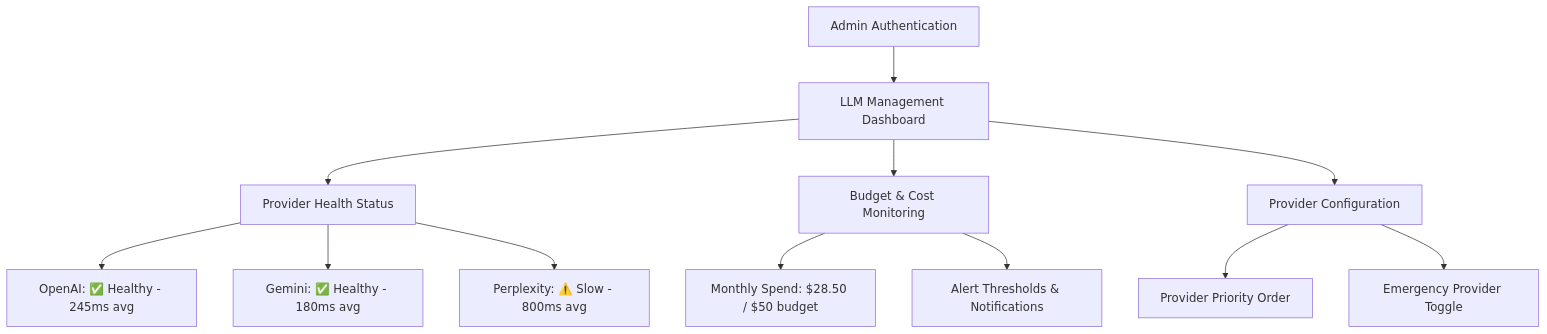
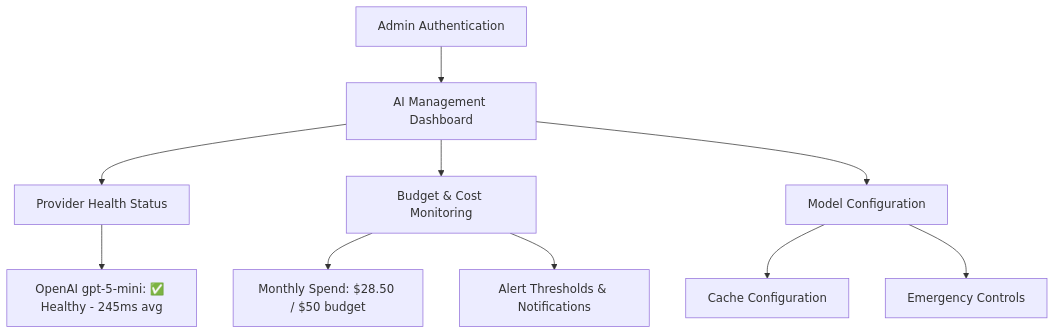
Before and after one commit to vedprakash-m/vigor: diagram 12 of 15 in docs/User_Experience.md, drawn with Mermaid. The commit also changed other lines of this file and 72 other files, not shown here.

````diff
--- a/docs/User_Experience.md
+++ b/docs/User_Experience.md
@@ -718,17 +706,15 @@
 ```mermaid
 flowchart TD
-  AdminLogin[Admin Authentication] --> Dashboard[LLM Management Dashboard]
+  AdminLogin[Admin Authentication] --> Dashboard[AI Management Dashboard]
   Dashboard --> Status[Provider Health Status]
   Dashboard --> Budget[Budget & Cost Monitoring]
-  Dashboard --> Config[Provider Configuration]
+  Dashboard --> Config[Model Configuration]
 
-  Status --> OpenAI_Status[OpenAI: ✅ Healthy - 245ms avg]
-  Status --> Gemini_Status[Gemini: ✅ Healthy - 180ms avg]
-  Status --> Perplexity_Status[Perplexity: ⚠️ Slow - 800ms avg]
+  Status --> OpenAI_Status[OpenAI gpt-5-mini: ✅ Healthy - 245ms avg]
 
   Budget --> Monthly[Monthly Spend: $28.50 / $50 budget]
   Budget --> Alerts[Alert Thresholds & Notifications]
 
-  Config --> Priority[Provider Priority Order]
-  Config --> Emergency[Emergency Provider Toggle]
+  Config --> Cache[Cache Configuration]
+  Config --> Emergency[Emergency Controls]
 ```
````
